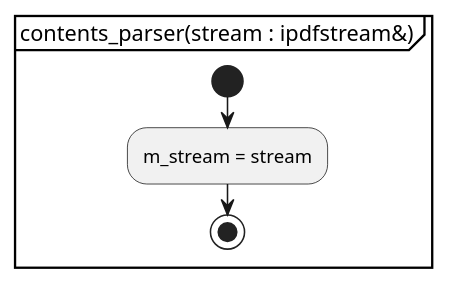
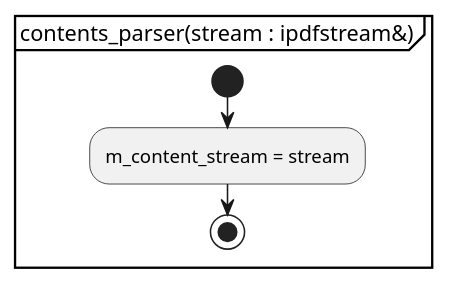
The first of 2 diagrams in document/document_reader/page_tree_parser/page_parser/contents_parser/contents_parser.activity.pu (KodaiYM/PDFReader), drawn with PlantUML before and after one commit. The commit also changed other lines of this file and 11 other files, not shown here.

```diff
--- a/document/document_reader/page_tree_parser/page_parser/contents_parser/contents_parser.activity.pu
+++ b/document/document_reader/page_tree_parser/page_parser/contents_parser/contents_parser.activity.pu
@@ -1,7 +1,7 @@
 @startuml contents_parser
 partition "contents_parser(stream : ipdfstream&)" {
 start
-	:m_stream = stream;
+	:m_content_stream = stream;
 stop
 }
 @enduml
```
